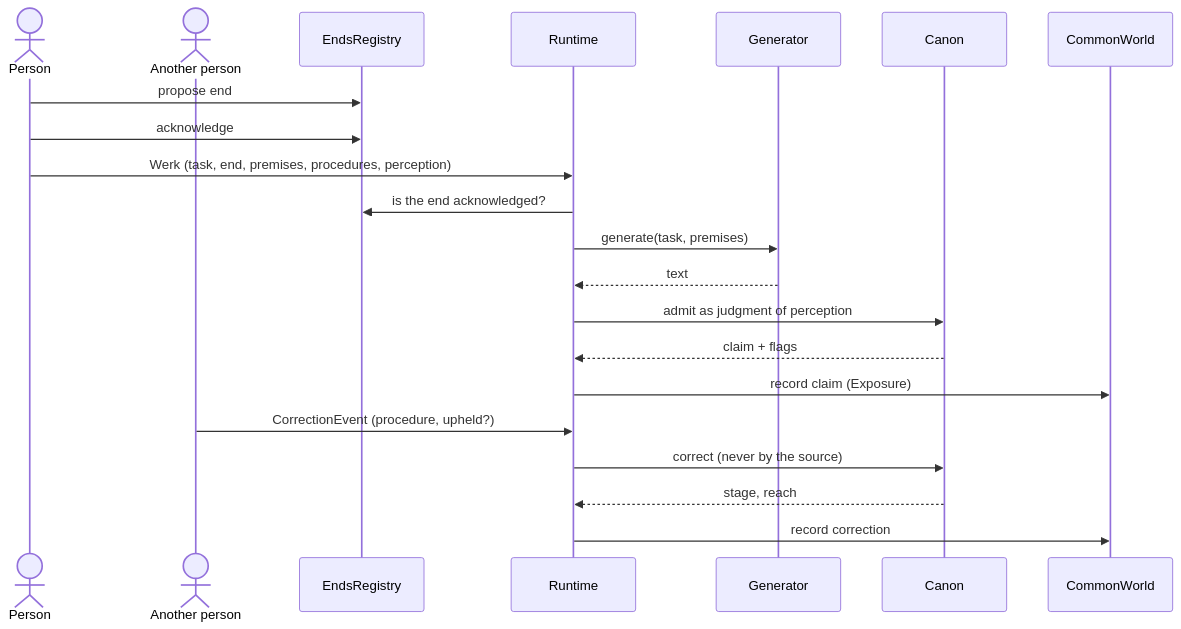
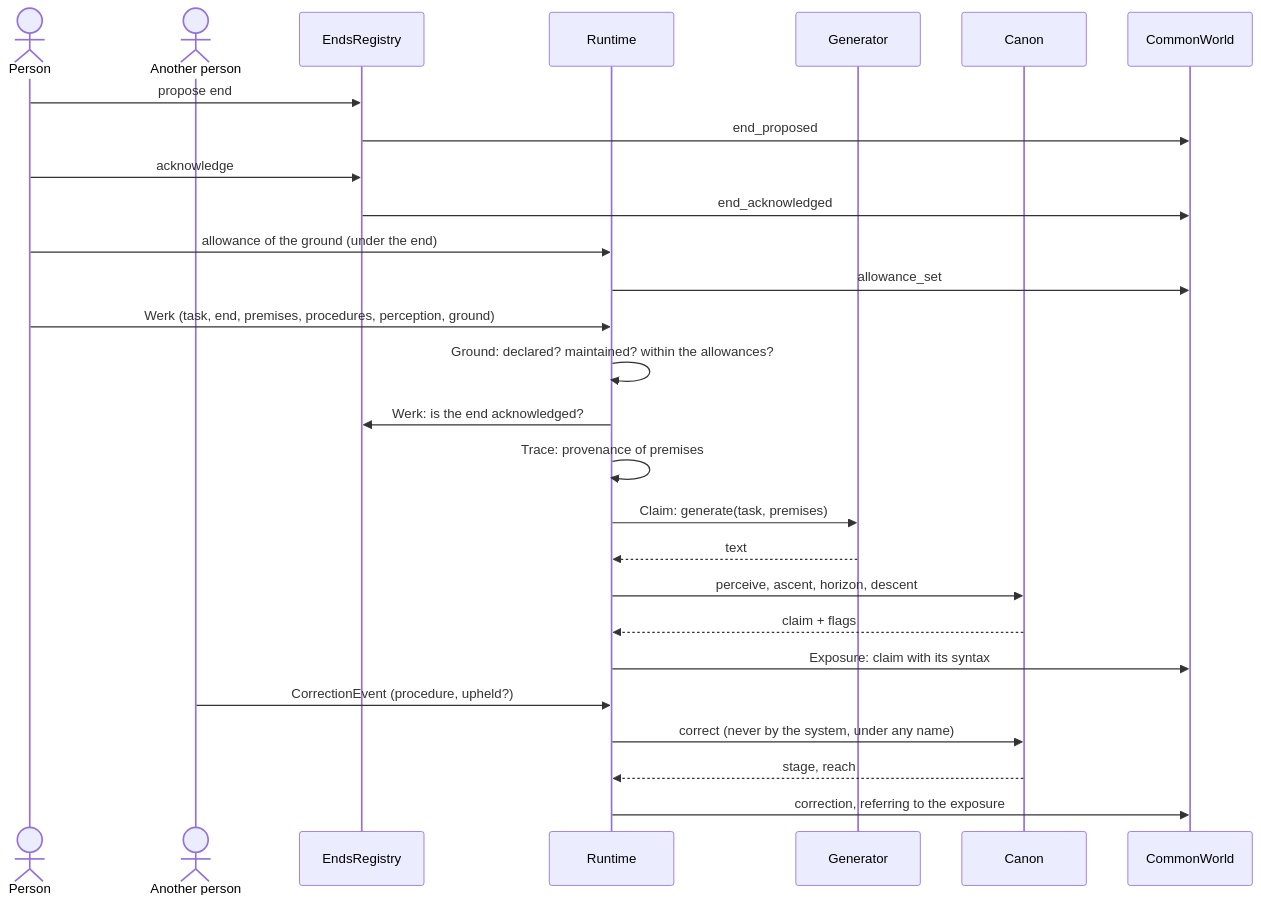
The second of 5 diagrams in README.md (italosantosclemente/AGI-GAIA-TECHNE), drawn with Mermaid before and after one commit. The commit also changed other lines of this file and 28 other files, not shown here.

````diff
--- a/README.md
+++ b/README.md
@@ -291,24 +312,30 @@
 ```mermaid
 sequenceDiagram
     actor Person
     actor Other as Another person
     participant Ends as EndsRegistry
     participant RT as Runtime
     participant Model as Generator
     participant Canon
     participant World as CommonWorld
 
     Person->>Ends: propose end
+    Ends->>World: end_proposed
     Person->>Ends: acknowledge
-    Person->>RT: Werk (task, end, premises, procedures, perception)
-    RT->>Ends: is the end acknowledged?
-    RT->>Model: generate(task, premises)
+    Ends->>World: end_acknowledged
+    Person->>RT: allowance of the ground (under the end)
+    RT->>World: allowance_set
+    Person->>RT: Werk (task, end, premises, procedures, perception, ground)
+    RT->>RT: Ground: declared? maintained? within the allowances?
+    RT->>Ends: Werk: is the end acknowledged?
+    RT->>RT: Trace: provenance of premises
+    RT->>Model: Claim: generate(task, premises)
     Model-->>RT: text
-    RT->>Canon: admit as judgment of perception
+    RT->>Canon: perceive, ascent, horizon, descent
     Canon-->>RT: claim + flags
-    RT->>World: record claim (Exposure)
+    RT->>World: Exposure: claim with its syntax
     Other->>RT: CorrectionEvent (procedure, upheld?)
-    RT->>Canon: correct (never by the source)
+    RT->>Canon: correct (never by the system, under any name)
     Canon-->>RT: stage, reach
-    RT->>World: record correction
+    RT->>World: correction, referring to the exposure
 ```
````
